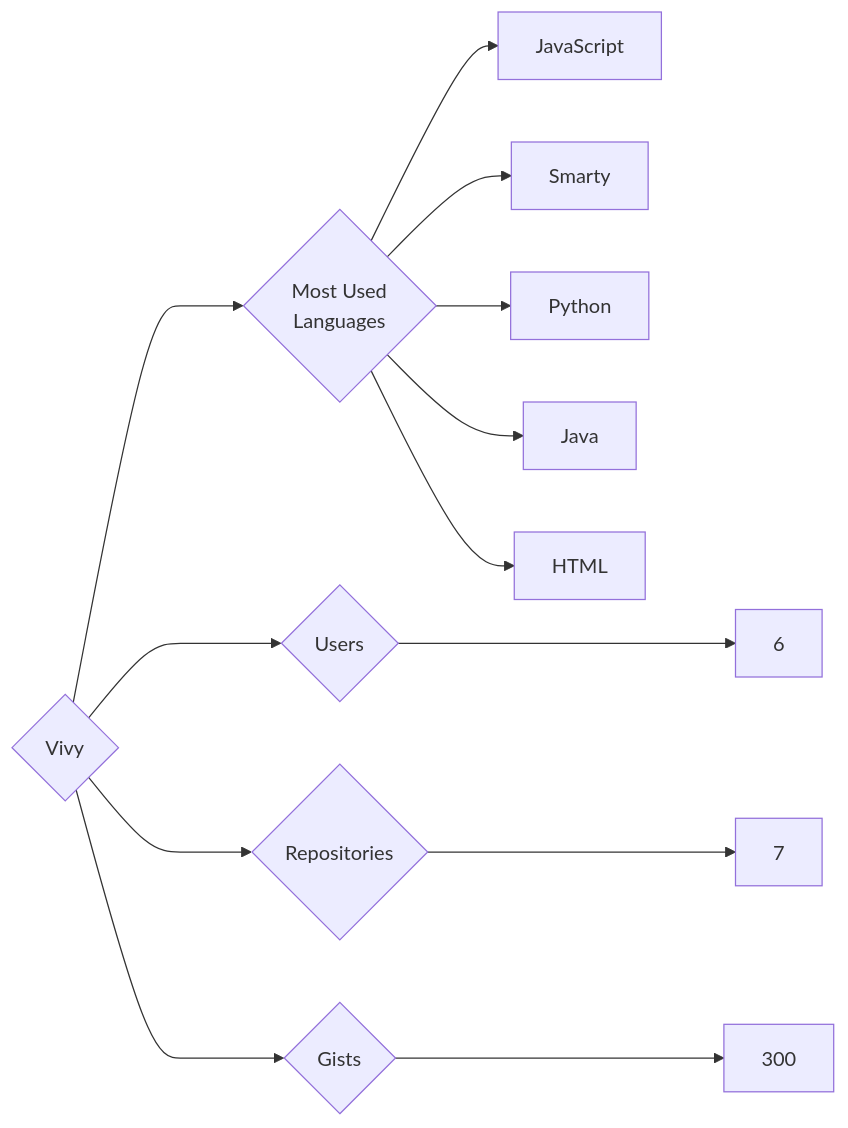
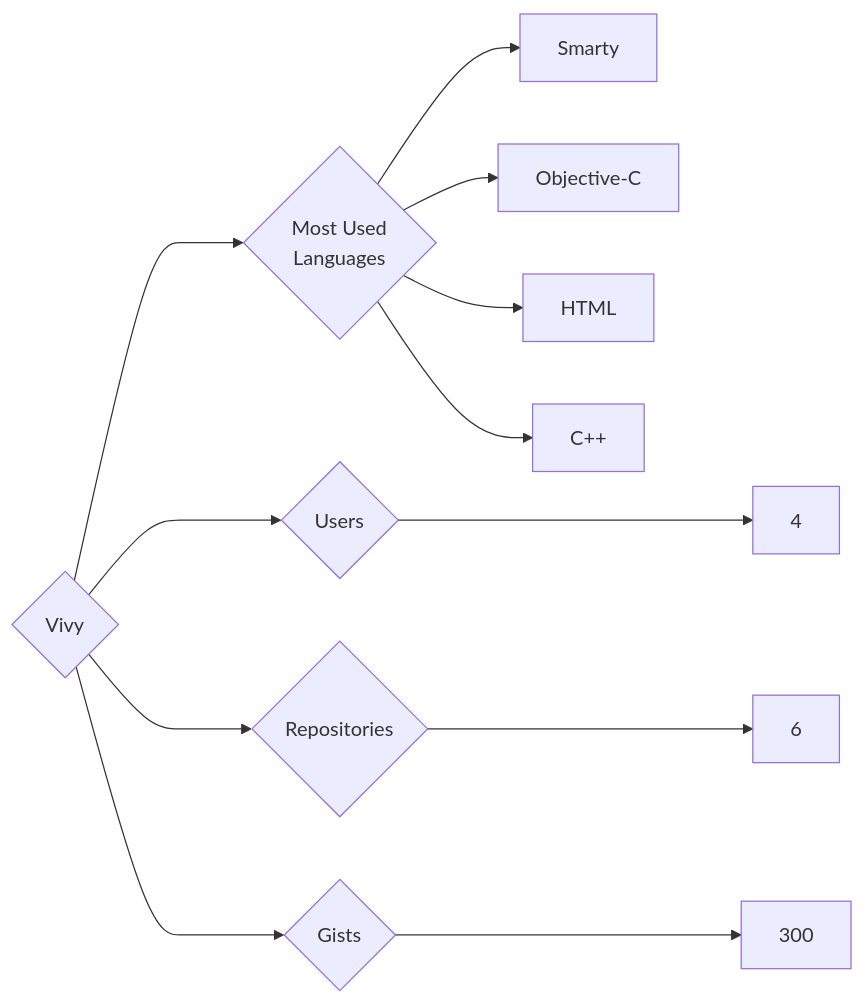
Before and after one commit to trickest/insiders: the diagram in targets/Vivy/README.md, drawn with Mermaid. The commit also changed 953 other files, not shown here.

````diff
--- a/targets/Vivy/README.md
+++ b/targets/Vivy/README.md
@@ -3,13 +3,12 @@
 ```mermaid
 graph LR
 COMPANY_NAME{Vivy}
-COMPANY_NAME ---> U{Users} ---> UN[6]
-COMPANY_NAME ---> R{Repositories} ---> RN[7]
+COMPANY_NAME ---> U{Users} ---> UN[4]
+COMPANY_NAME ---> R{Repositories} ---> RN[6]
 COMPANY_NAME ---> G{Gists} ---> GN[300]
 COMPANY_NAME ---> ML{Most Used<br>Languages}
-ML --> JavaScript[JavaScript]
 ML --> Smarty[Smarty]
-ML --> Python[Python]
-ML --> Java[Java]
+ML --> Objective-C[Objective-C]
 ML --> HTML[HTML]
+ML --> C++[C++]
 ```
````
